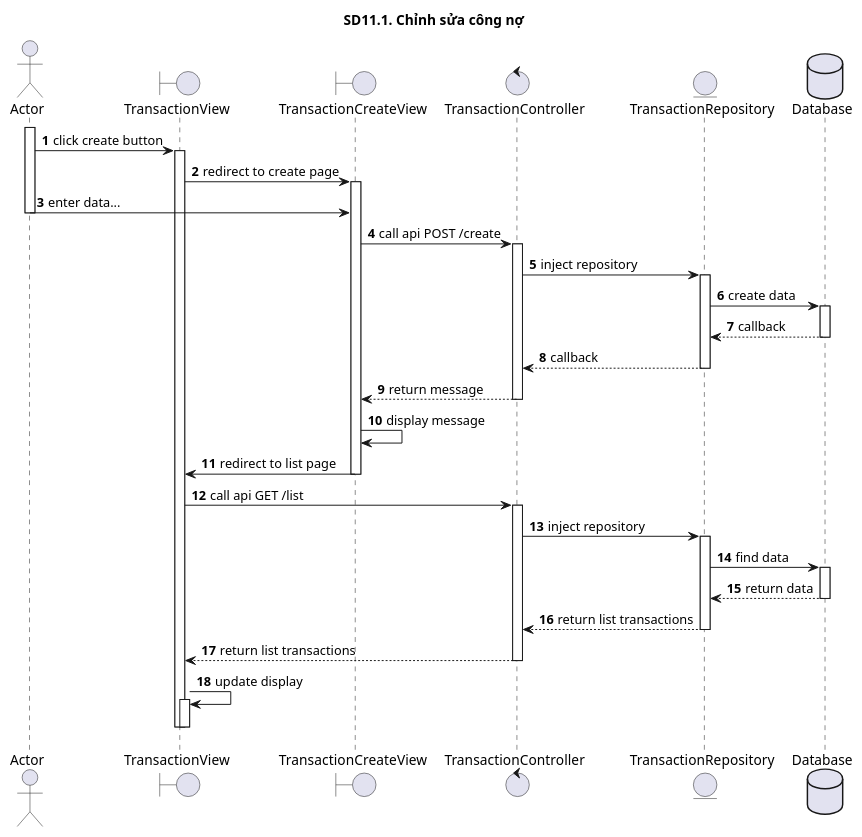
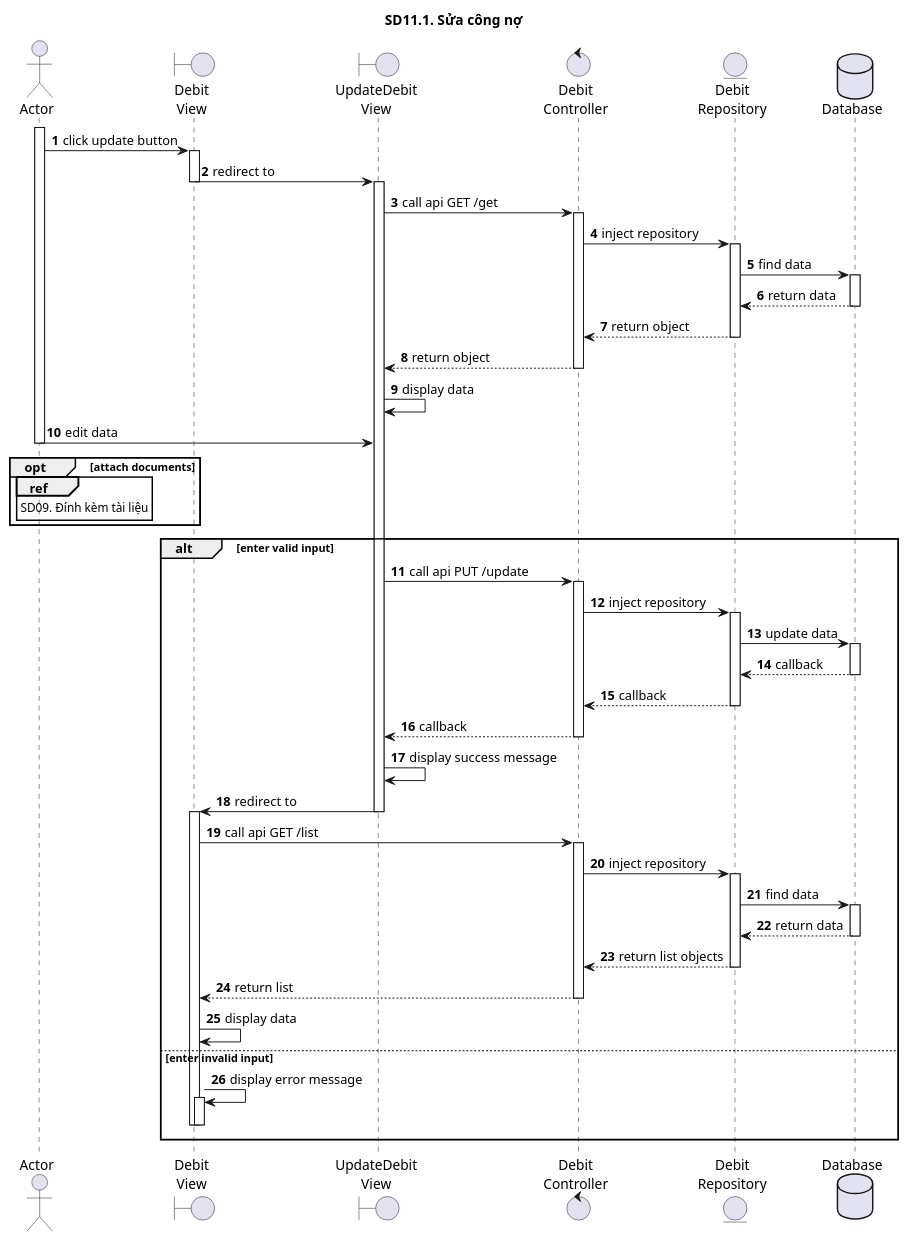
The diagram in 11_QuanLyCongNo/sd11.1.puml (ITZ-Developers/Finance-UML), drawn with PlantUML before and after one commit. The commit also changed 10 other files, not shown here.

```diff
--- a/11_QuanLyCongNo/sd11.1.puml
+++ b/11_QuanLyCongNo/sd11.1.puml
@@ -1,48 +1,72 @@
 @startuml SQ
 autonumber
-title SD11.1. Chỉnh sửa công nợ
+title SD11.1. Sửa công nợ
 actor "Actor" as actor
-boundary "TransactionView" as view
-boundary "TransactionCreateView" as createView
-control "TransactionController" as controller
-entity "TransactionRepository" as model
+boundary "Debit\nView" as view
+boundary "UpdateDebit\nView" as create
+control "Debit\nController" as controller
+entity "Debit\nRepository" as model
 database "Database" as database
 activate actor
-actor -> view : click create button
+actor -> view: click update button
 activate view
-view -> createView: redirect to create page
-activate createView
-actor -> createView: enter data...
+view -> create: redirect to
+deactivate view
+activate create
+create -> controller: call api GET /get
+activate controller
+controller->model:inject repository
+activate model
+model -> database: find data
+activate database
+database --> model: return data
+deactivate database
+model --> controller: return object
+deactivate model
+controller --> create: return object
+deactivate controller
+create -> create: display data
+actor -> create: edit data
 deactivate actor
-createView -> controller : call api POST /create
+opt attach documents
+ref over actor
+SD09. Đính kèm tài liệu
+end ref
+end
+alt enter valid input
+create -> controller: call api PUT /update
 activate controller
-controller -> model : inject repository
+controller -> model: inject repository
 activate model
-model -> database : create data
+model -> database: update data
 activate database
-database --> model : callback
+database --> model: callback
 deactivate database
-model --> controller : callback
+model --> controller: callback
 deactivate model
-controller --> createView : return message
+controller --> create: callback
 deactivate controller
-createView -> createView : display message
-createView -> view : redirect to list page
-deactivate createView
-view -> controller : call api GET /list
+create -> create: display success message
+create -> view: redirect to
+deactivate create
+activate  view
+view -> controller: call api GET /list
 activate controller
-controller -> model : inject repository
+controller -> model: inject repository
 activate model
-model -> database : find data
+model -> database: find data
 activate database
-database --> model : return data
+database --> model: return data
 deactivate database
-model --> controller : return list transactions
+model --> controller: return list objects
 deactivate model
-controller --> view : return list transactions
+controller --> view: return list
 deactivate controller
-view -> view: update display
+view -> view: display data
+else enter invalid input
+view -> view: display error message
 activate view
 deactivate view
 deactivate view
+end
 @enduml
```
